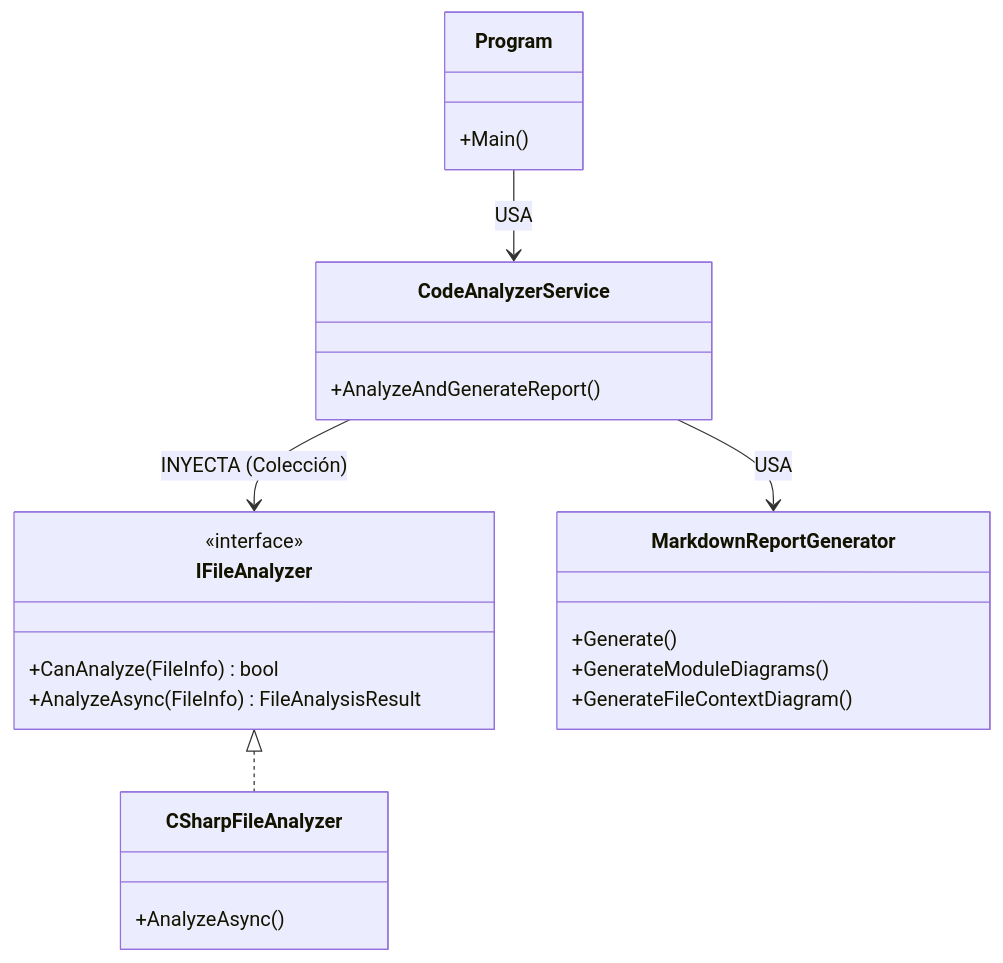
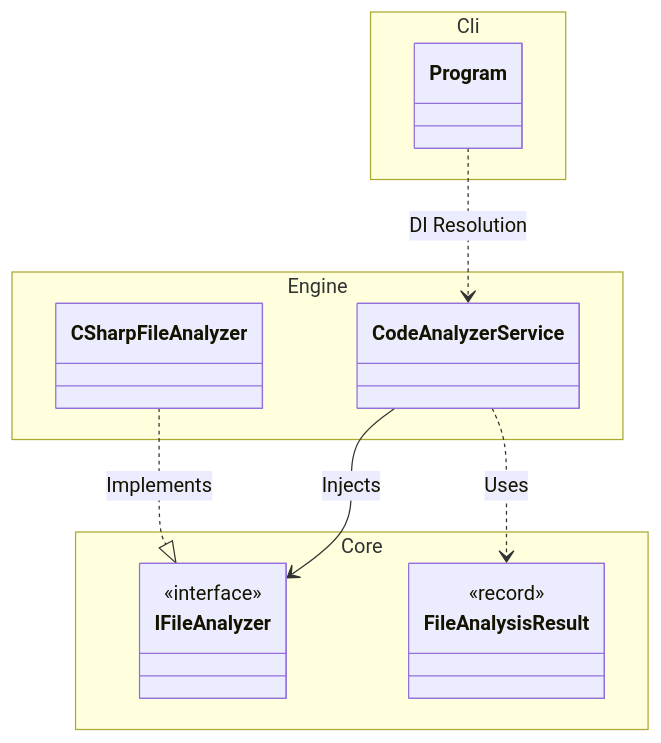
Before and after one commit to jmanuelsoberano/ContextWeaver: the diagram in REVISION_TECNICA.md, drawn with Mermaid. The commit also changed other lines of this file and 2 other files, not shown here.

Commit message:
docs: update SPEC, README and technical revision docs specific to v3 architecture

````diff
--- a/REVISION_TECNICA.md
+++ b/REVISION_TECNICA.md
@@ -67,27 +73,19 @@
 ```mermaid
 classDiagram
-    class Program {
-        +Main()
+    namespace Core {
+        class IFileAnalyzer { <<interface>> }
+        class FileAnalysisResult { <<record>> }
     }
-    class CodeAnalyzerService {
-        +AnalyzeAndGenerateReport()
+    namespace Engine {
+        class CodeAnalyzerService
+        class CSharpFileAnalyzer
     }
-    class IFileAnalyzer {
-        <<interface>>
-        +CanAnalyze(FileInfo) bool
-        +AnalyzeAsync(FileInfo) FileAnalysisResult
-    }
-    class CSharpFileAnalyzer {
-        +AnalyzeAsync()
-    }
-    class MarkdownReportGenerator {
-        +Generate()
-        +GenerateModuleDiagrams()
-        +GenerateFileContextDiagram()
+    namespace Cli {
+        class Program
     }
 
-    Program --> CodeAnalyzerService : USA
-    CodeAnalyzerService --> IFileAnalyzer : INYECTA (Colección)
-    CodeAnalyzerService --> MarkdownReportGenerator : USA
-    IFileAnalyzer <|.. CSharpFileAnalyzer
+    Program ..> CodeAnalyzerService : DI Resolution
+    CodeAnalyzerService --> IFileAnalyzer : Injects
+    CSharpFileAnalyzer ..|> IFileAnalyzer : Implements
+    CodeAnalyzerService ..> FileAnalysisResult : Uses
 ```
````
